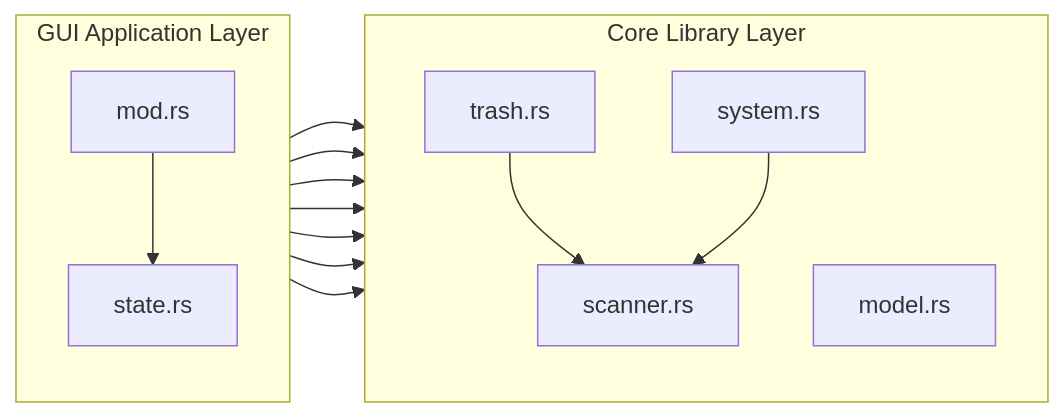
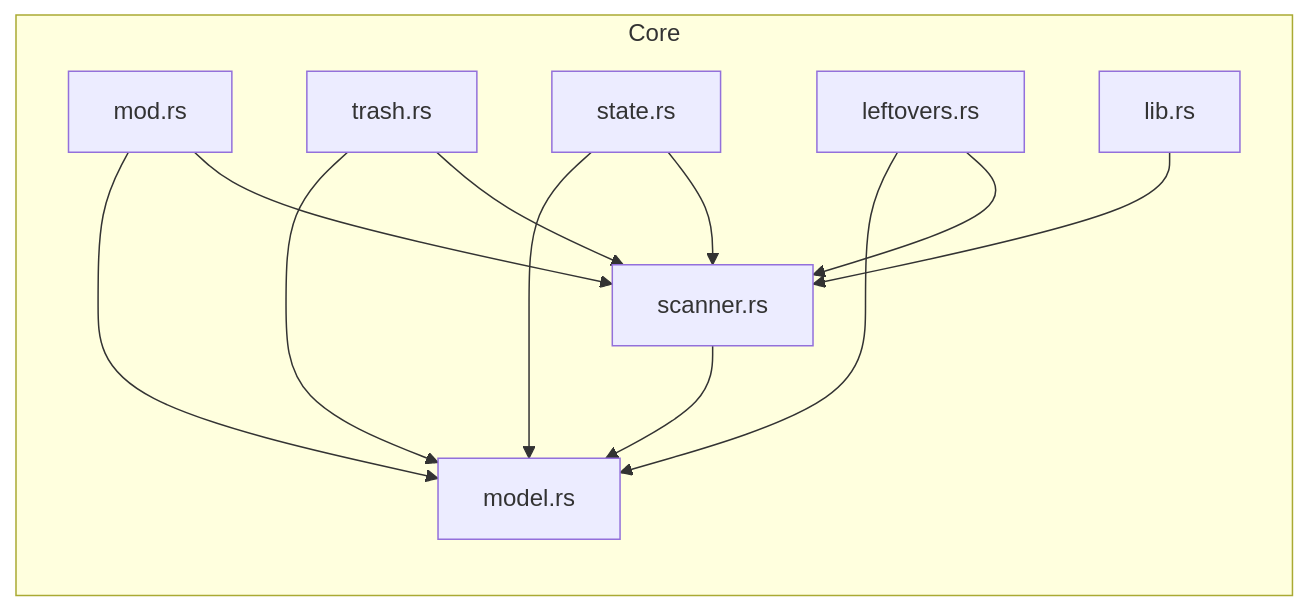
The second of 2 diagrams in README.md (Dominic-Ferri/MacCleanUp), drawn with Mermaid before and after one commit. The commit also changed other lines of this file, not shown here.

````diff
--- a/README.md
+++ b/README.md
@@ -172,25 +184,23 @@
 ```mermaid
 flowchart LR
-  subgraph G0["GUI Application Layer"]
+  subgraph G1["Core"]
     direction TB
-    N1["mod.rs"]
+    N0["mod.rs"]
+    N1["scanner.rs"]
+    N2["trash.rs"]
     N3["state.rs"]
+    N4["leftovers.rs"]
+    N5["model.rs"]
+    N6["lib.rs"]
   end
-  subgraph G2["Core Library Layer"]
-    direction TB
-    N2["scanner.rs"]
-    N4["trash.rs"]
-    N6["model.rs"]
-    N9["system.rs"]
-  end
-  N1 --> N3
-  N1 --> N6
-  N4 --> N2
-  N3 --> N2
-  N3 --> N4
-  N3 --> N9
-  N1 --> N2
-  N9 --> N2
-  N3 --> N6
-  N1 --> N4
+  N0 --> N1
+  N0 --> N5
+  N1 --> N5
+  N2 --> N1
+  N2 --> N5
+  N3 --> N1
+  N3 --> N5
+  N4 --> N1
+  N4 --> N5
+  N6 --> N1
 ```
````
